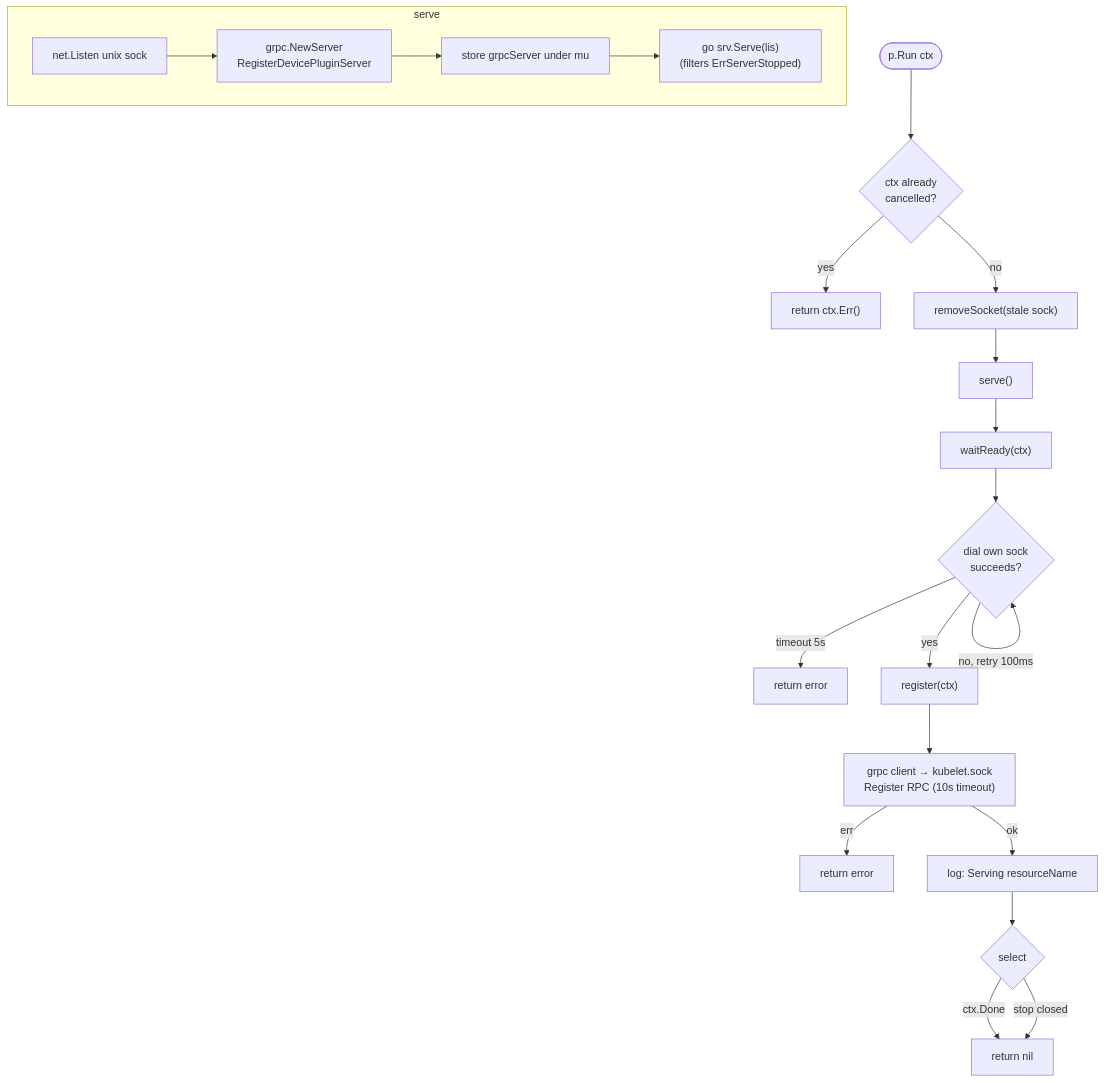
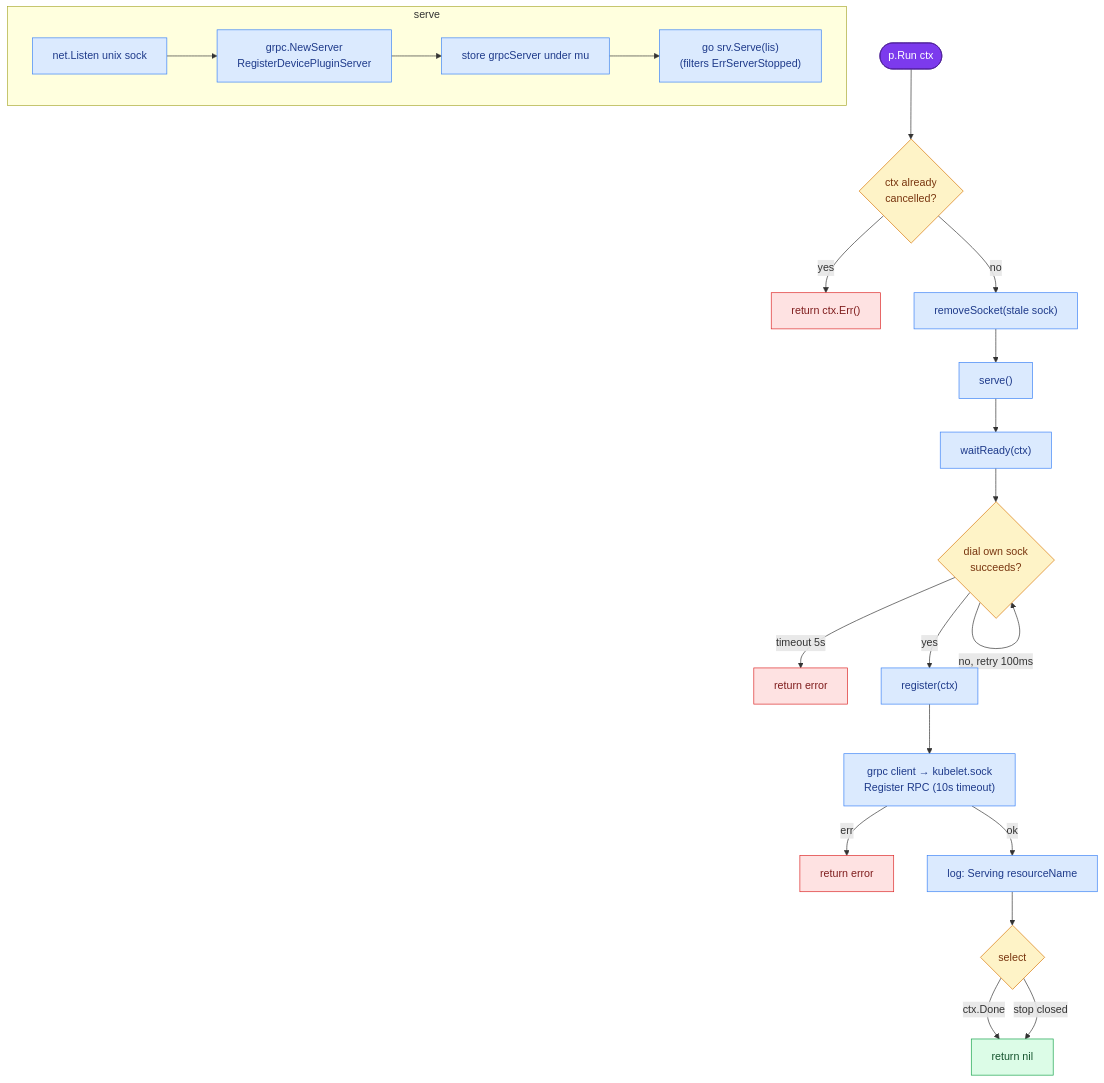
Before and after one commit to guhaneswaran/tt-k8s-device-plugin: the fourth of 7 diagrams in CONTROL_FLOW.md, drawn with Mermaid. The commit also changed other lines of this file and 1 other file, not shown here.

First line of the commit message:
Enhance diagrams: styled sequence diagram + color-coded flowcharts

````diff
--- a/CONTROL_FLOW.md
+++ b/CONTROL_FLOW.md
@@ -95,27 +163,38 @@
 ```mermaid
 flowchart TD
   RUN([p.Run ctx]) --> CTXQ{"ctx already<br/>cancelled?"}
   CTXQ -->|yes| RET1["return ctx.Err()"]
   CTXQ -->|no| RM["removeSocket(stale sock)"]
   RM --> SERVE["serve()"]
 
   subgraph SVB["serve"]
     LIS["net.Listen unix sock"]
     LIS --> GS["grpc.NewServer<br/>RegisterDevicePluginServer"]
     GS --> STORE["store grpcServer under mu"]
     STORE --> GOSERVE["go srv.Serve(lis)<br/>(filters ErrServerStopped)"]
   end
 
   SERVE --> WR["waitReady(ctx)"]
   WR --> WRL{"dial own sock<br/>succeeds?"}
   WRL -->|no, retry 100ms| WRL
   WRL -->|timeout 5s| RET2["return error"]
   WRL -->|yes| REG["register(ctx)"]
 
   REG --> REGC["grpc client → kubelet.sock<br/>Register RPC (10s timeout)"]
   REGC -->|err| RET3["return error"]
   REGC -->|ok| LOGS["log: Serving resourceName"]
   LOGS --> SEL{"select"}
   SEL -->|ctx.Done| RETOK["return nil"]
   SEL -->|stop closed| RETOK
+
+  classDef entry fill:#7c3aed,color:#fff,stroke:#4c1d95;
+  classDef proc fill:#dbeafe,stroke:#3b82f6,color:#1e3a8a;
+  classDef dec fill:#fef3c7,stroke:#d97706,color:#78350f;
+  classDef good fill:#dcfce7,stroke:#16a34a,color:#14532d;
+  classDef err fill:#fee2e2,stroke:#dc2626,color:#7f1d1d;
+  class RUN entry;
+  class RM,SERVE,LIS,GS,STORE,GOSERVE,WR,REG,REGC,LOGS proc;
+  class CTXQ,WRL,SEL dec;
+  class RET1,RET2,RET3 err;
+  class RETOK good;
 ```
````
